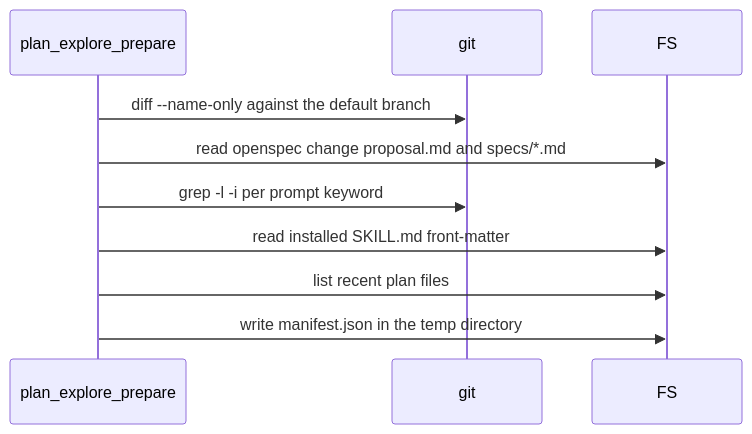
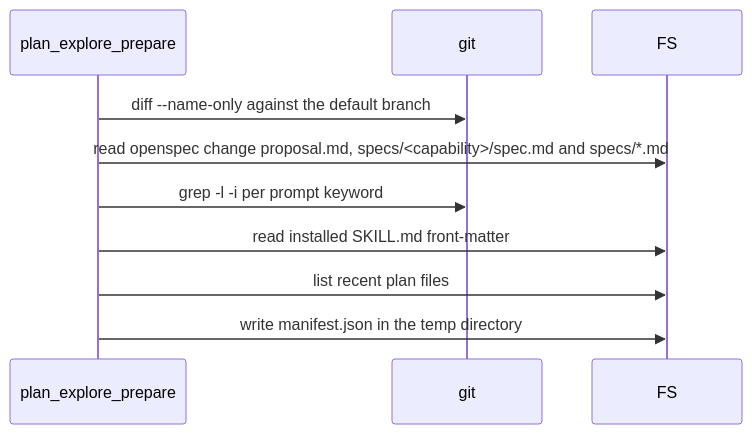
One commit to rnagrodzki/sdlc-plugin changed the diagram in openspec/specs/tool-plan-explore-prepare/spec.md. Above: the diagram before and after it, drawn with Mermaid. The commit also changed other lines of this file and 2 other files, not shown here.

First line of the commit message:
fix(plan): read capability specs for OpenSpec scope hints

````diff
--- a/openspec/specs/tool-plan-explore-prepare/spec.md
+++ b/openspec/specs/tool-plan-explore-prepare/spec.md
@@ -89,12 +89,12 @@
 ```mermaid
 sequenceDiagram
     participant T as plan_explore_prepare
     participant git
     participant FS
     T->>git: diff --name-only against the default branch
-    T->>FS: read openspec change proposal.md and specs/*.md
+    T->>FS: read openspec change proposal.md, specs/<capability>/spec.md and specs/*.md
     T->>git: grep -l -i per prompt keyword
     T->>FS: read installed SKILL.md front-matter
     T->>FS: list recent plan files
     T->>FS: write manifest.json in the temp directory
 ```
````
